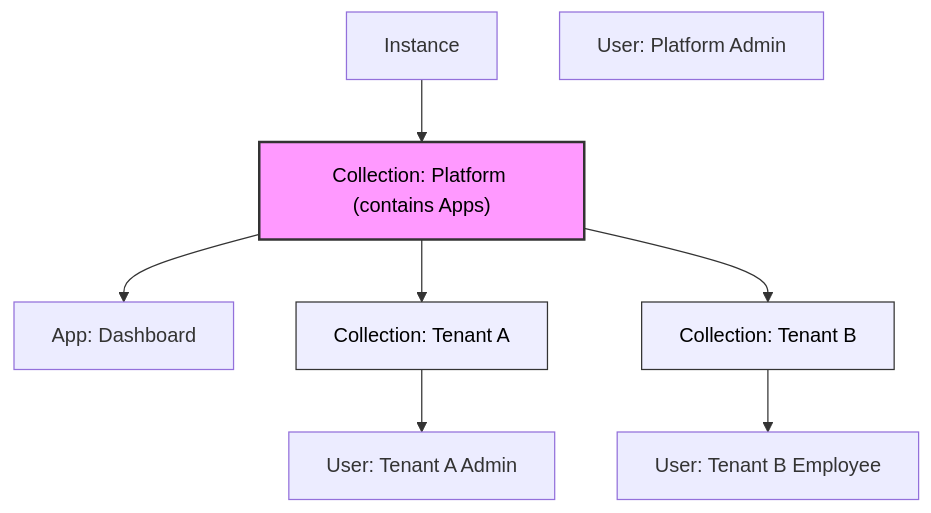
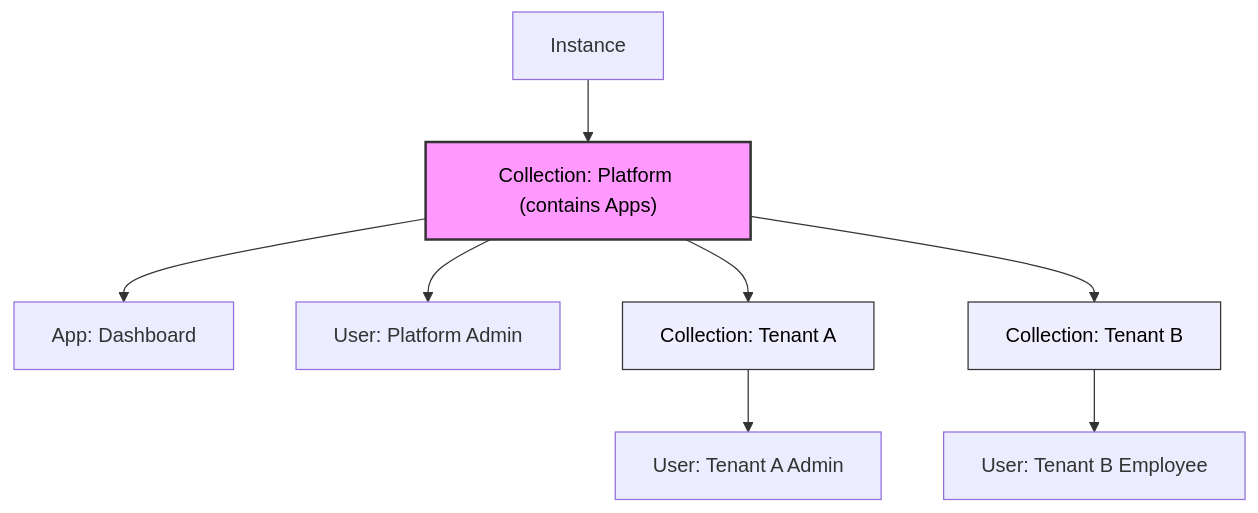
The fourth of 4 diagrams in aether_radical.md (zitadel/zitadel), drawn with Mermaid before and after one commit.

Commit message:
add b2b graph link

````diff
--- a/aether_radical.md
+++ b/aether_radical.md
@@ -190,28 +190,29 @@
 ```mermaid
 graph TD
     Instance[Instance]
     Platform["Collection: Platform (contains Apps)"]
 
     App["App: Dashboard"]
 
     UserC["User: Platform Admin"]
 
     TenantA["Collection: Tenant A"]
     UserA["User: Tenant A Admin"]
 
     TenantB["Collection: Tenant B"]
     UserB["User: Tenant B Employee"]
 
     Instance --> Platform
     Platform --> TenantA
     Platform --> TenantB
 
     Platform --> App
+    Platform --> UserC
 
     TenantA --> UserA
     TenantB --> UserB
 
     style Platform fill:#f9f,stroke:#333,stroke-width:2px,color:#000
     style TenantA fill:#eef,stroke:#333,stroke-width:1px,color:#000
     style TenantB fill:#eef,stroke:#333,stroke-width:1px,color:#000
 ```
````
